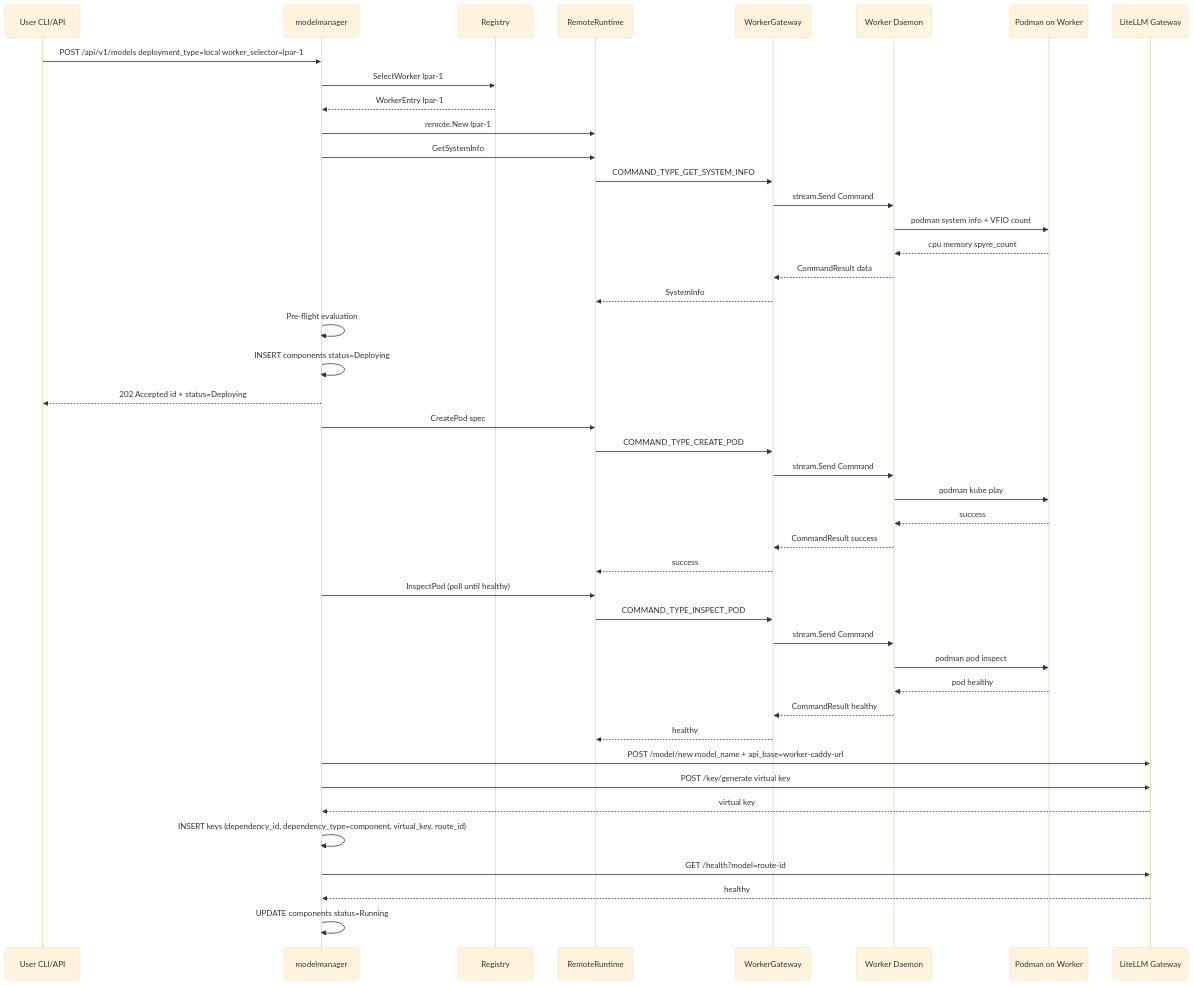
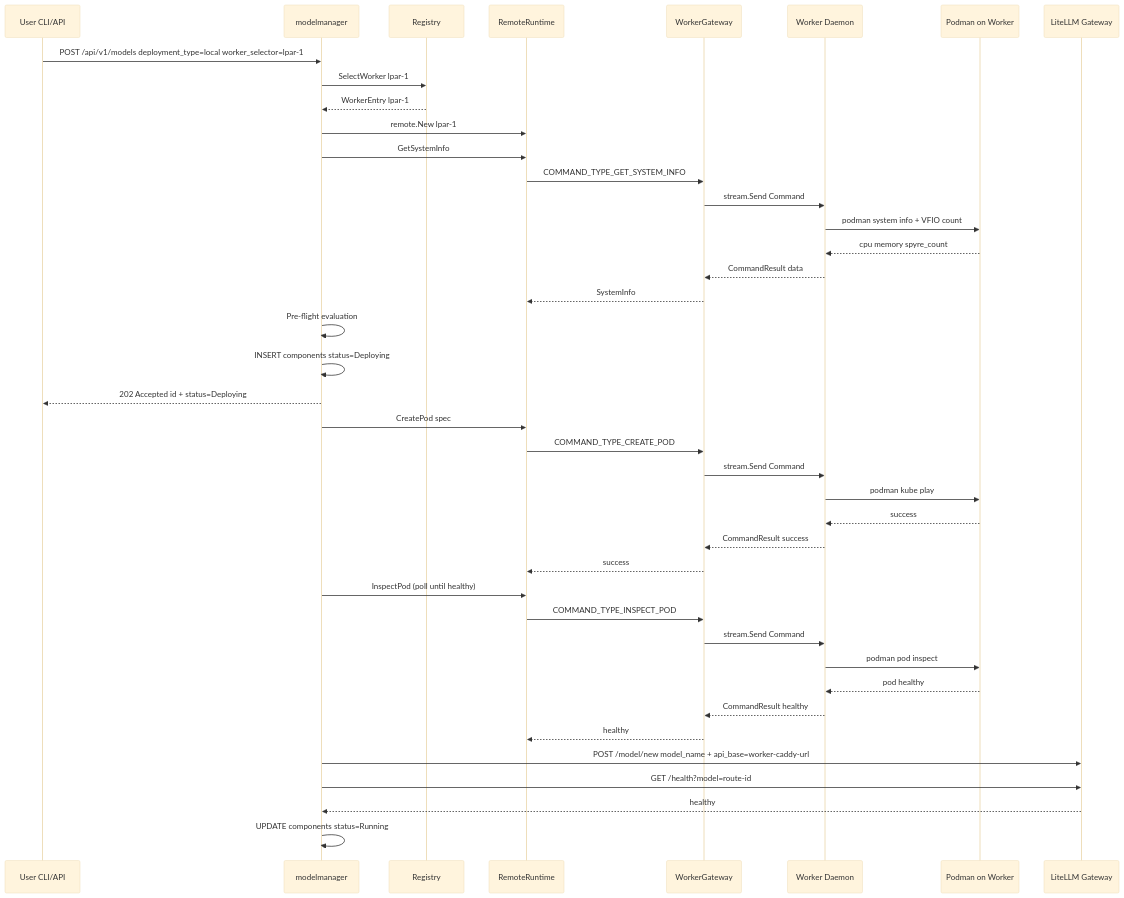
One commit to IBM/project-ai-services changed the third of 3 diagrams in docs/proposals/model-management/model-management-architecture.md. Above: the diagram before and after it, drawn with Mermaid (base theme). The commit also changed other lines of this file and 1 other file, not shown here.

Commit message:
Keys removal + Reusability

````diff
--- a/docs/proposals/model-management/model-management-architecture.md
+++ b/docs/proposals/model-management/model-management-architecture.md
@@ -188,52 +190,49 @@
 ```mermaid
 sequenceDiagram
     participant U as User CLI/API
     participant MM as modelmanager
     participant REG as Registry
     participant RR as RemoteRuntime
     participant GW as WorkerGateway
     participant DA as Worker Daemon
     participant PM as Podman on Worker
     participant LLM as LiteLLM Gateway
 
     U->>MM: POST /api/v1/models deployment_type=local worker_selector=lpar-1
     MM->>REG: SelectWorker lpar-1
     REG-->>MM: WorkerEntry lpar-1
     MM->>RR: remote.New lpar-1
 
     MM->>RR: GetSystemInfo
     RR->>GW: COMMAND_TYPE_GET_SYSTEM_INFO
     GW->>DA: stream.Send Command
     DA->>PM: podman system info + VFIO count
     PM-->>DA: cpu memory spyre_count
     DA-->>GW: CommandResult data
     GW-->>RR: SystemInfo
     MM->>MM: Pre-flight evaluation
 
     MM->>MM: INSERT components status=Deploying
     MM-->>U: 202 Accepted id + status=Deploying
 
     MM->>RR: CreatePod spec
     RR->>GW: COMMAND_TYPE_CREATE_POD
     GW->>DA: stream.Send Command
     DA->>PM: podman kube play
     PM-->>DA: success
     DA-->>GW: CommandResult success
     GW-->>RR: success
 
     MM->>RR: InspectPod (poll until healthy)
     RR->>GW: COMMAND_TYPE_INSPECT_POD
     GW->>DA: stream.Send Command
     DA->>PM: podman pod inspect
     PM-->>DA: pod healthy
     DA-->>GW: CommandResult healthy
     GW-->>RR: healthy
 
     MM->>LLM: POST /model/new model_name + api_base=worker-caddy-url
-    MM->>LLM: POST /key/generate virtual key
-    LLM-->>MM: virtual key
-    MM->>MM: INSERT keys (dependency_id, dependency_type=component, virtual_key, route_id)
     MM->>LLM: GET /health?model=route-id
     LLM-->>MM: healthy
     MM->>MM: UPDATE components status=Running
 ```
````
